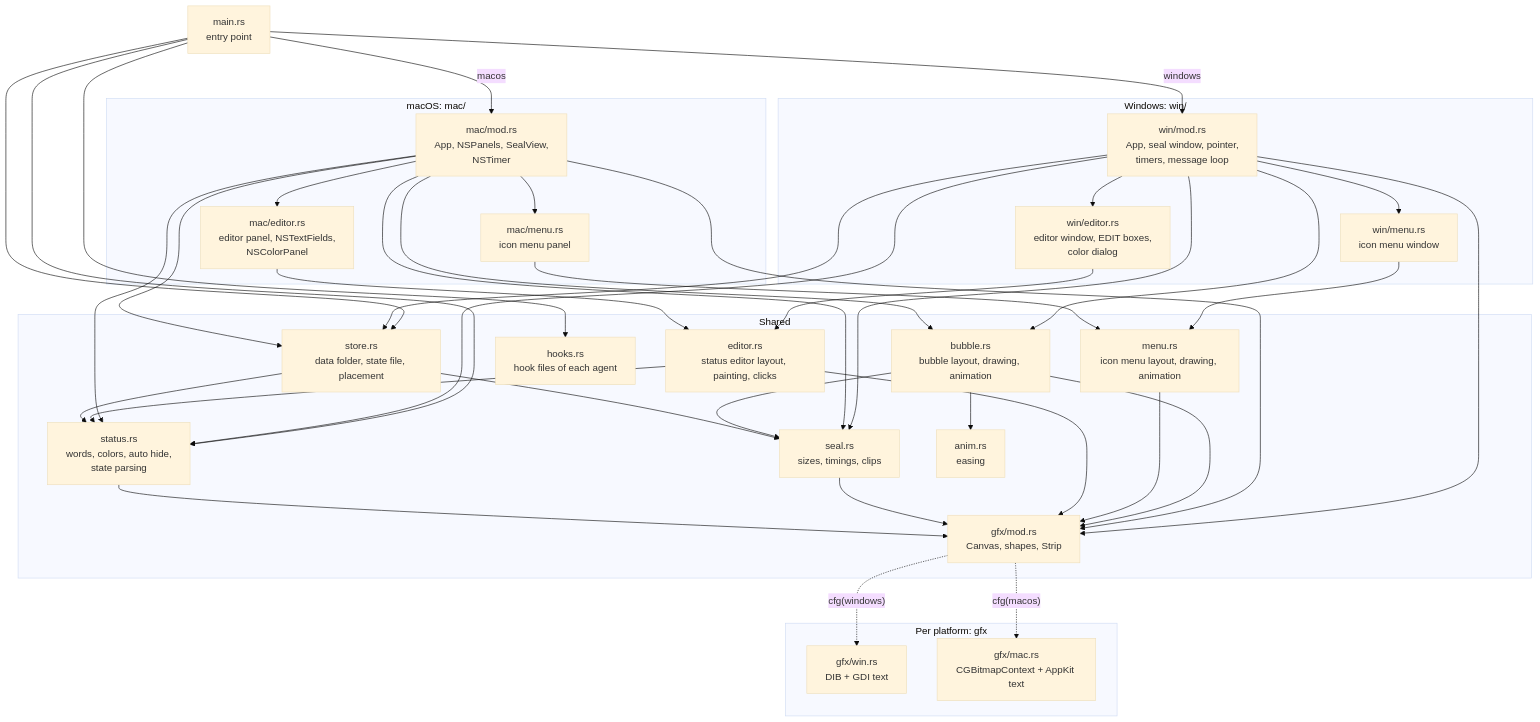
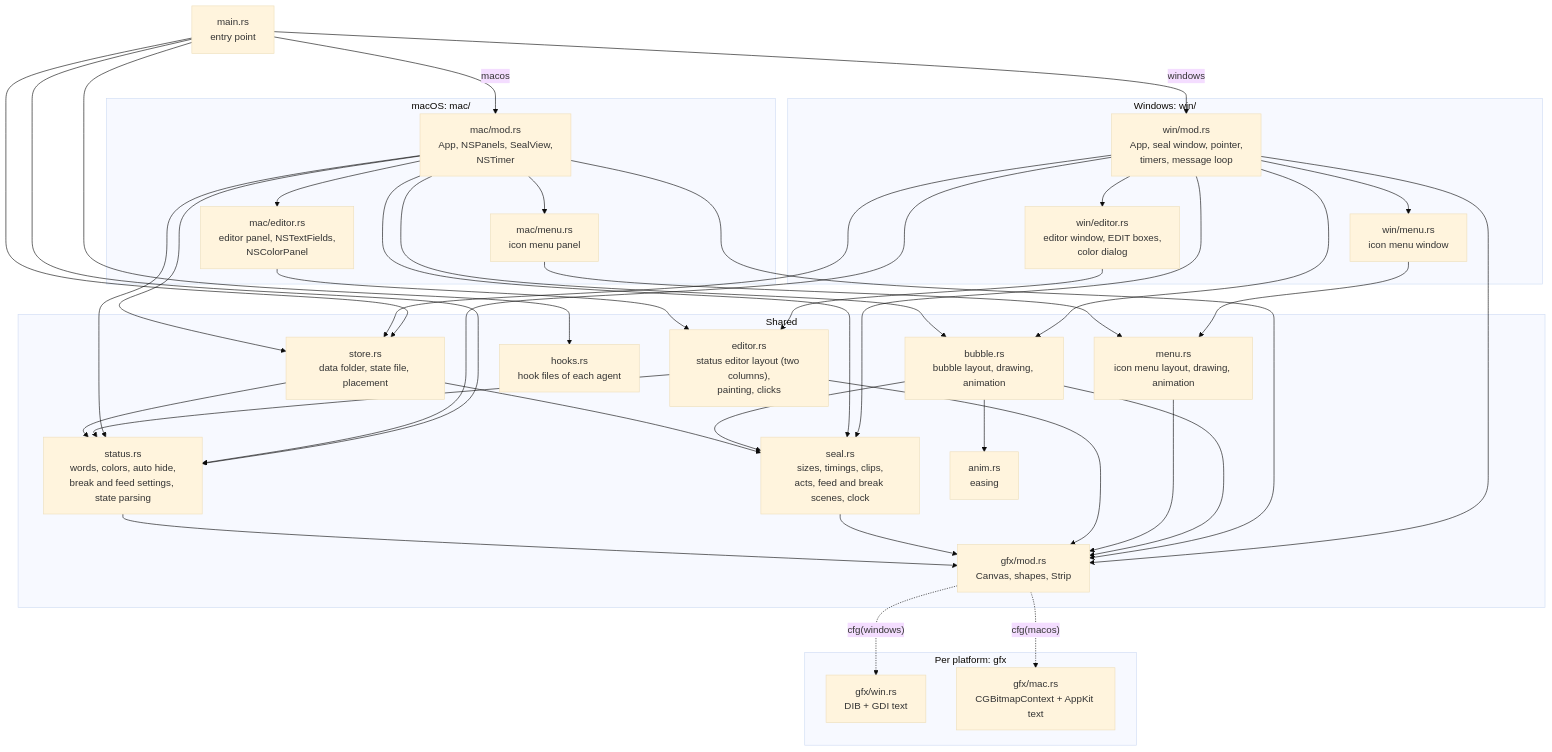
Before and after one commit to thanachaiakt/ai-mascot-hook: the second of 7 diagrams in docs/en/architecture.md, drawn with Mermaid (base theme). The commit also changed other lines of this file and 44 other files, not shown here.

````diff
--- a/docs/en/architecture.md
+++ b/docs/en/architecture.md
@@ -42,63 +50,63 @@
 ```mermaid
 flowchart TB
     main["main.rs<br/>entry point"]
 
     subgraph shared["Shared"]
-        seal["seal.rs<br/>sizes, timings, clips"]
+        seal["seal.rs<br/>sizes, timings, clips,<br/>acts, feed and break scenes, clock"]
         store["store.rs<br/>data folder, state file, placement"]
-        status["status.rs<br/>words, colors, auto hide,<br/>state parsing"]
+        status["status.rs<br/>words, colors, auto hide,<br/>break and feed settings, state parsing"]
         bubble["bubble.rs<br/>bubble layout, drawing, animation"]
         menu["menu.rs<br/>icon menu layout, drawing, animation"]
-        editor["editor.rs<br/>status editor layout, painting, clicks"]
+        editor["editor.rs<br/>status editor layout (two columns),<br/>painting, clicks"]
         hooks["hooks.rs<br/>hook files of each agent"]
         anim["anim.rs<br/>easing"]
         gfx["gfx/mod.rs<br/>Canvas, shapes, Strip"]
     end
 
     subgraph backends["Per platform: gfx"]
         gwin["gfx/win.rs<br/>DIB + GDI text"]
         gmac["gfx/mac.rs<br/>CGBitmapContext + AppKit text"]
     end
 
     subgraph win["Windows: win/"]
         wmod["win/mod.rs<br/>App, seal window, pointer,<br/>timers, message loop"]
         wmenu["win/menu.rs<br/>icon menu window"]
         wed["win/editor.rs<br/>editor window, EDIT boxes,<br/>color dialog"]
     end
 
     subgraph mac["macOS: mac/"]
         mmod["mac/mod.rs<br/>App, NSPanels, SealView,<br/>NSTimer"]
         mmenu["mac/menu.rs<br/>icon menu panel"]
         med["mac/editor.rs<br/>editor panel, NSTextFields,<br/>NSColorPanel"]
     end
 
     main --> hooks
     main --> status
     main --> store
     main -- "windows" --> wmod
     main -- "macos" --> mmod
 
     wmod --> wmenu
     wmod --> wed
     mmod --> mmenu
     mmod --> med
     wmenu & mmenu --> menu
     wed & med --> editor
     wmod & mmod --> bubble
     wmod & mmod --> seal
     wmod & mmod --> store
     wmod & mmod --> status
     wmod & mmod --> gfx
 
     bubble --> anim
     bubble --> gfx
     menu & editor --> gfx
     editor --> status
     bubble --> seal
     store --> seal
     store --> status
     seal --> gfx
     status --> gfx
     gfx -. "cfg(windows)" .-> gwin
     gfx -. "cfg(macos)" .-> gmac
 ```
````
